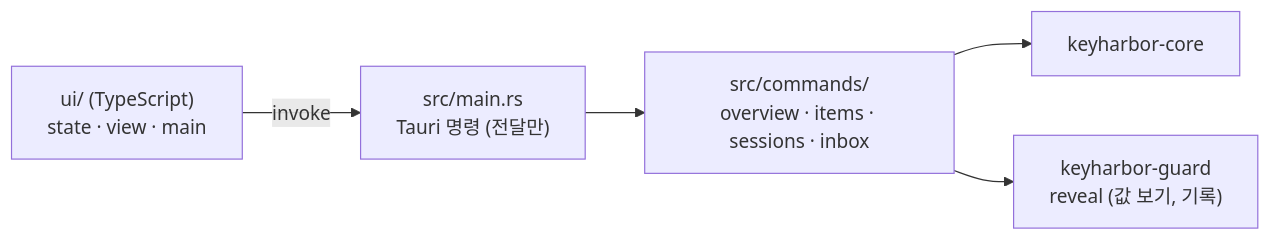
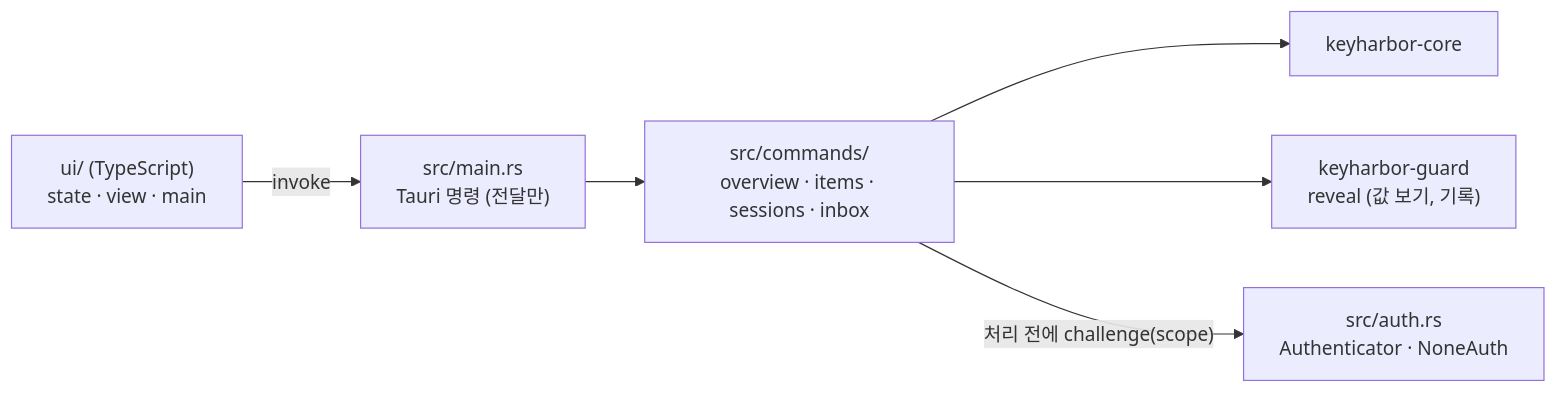
Before and after one commit to LeeSwallow/KeyHarbor: the diagram in app/README.md, drawn with Mermaid. The commit also changed other lines of this file and 28 other files, not shown here.

````diff
--- a/app/README.md
+++ b/app/README.md
@@ -5,7 +5,8 @@
 ```mermaid
 flowchart LR
   UI["ui/ (TypeScript)<br/>state · view · main"] -- "invoke" --> M["src/main.rs<br/>Tauri 명령 (전달만)"]
   M --> C["src/commands/<br/>overview · items · sessions · inbox"]
   C --> core["keyharbor-core"]
   C --> guard["keyharbor-guard<br/>reveal (값 보기, 기록)"]
+  C -- "처리 전에 challenge(scope)" --> A["src/auth.rs<br/>Authenticator · NoneAuth"]
 ```
````
